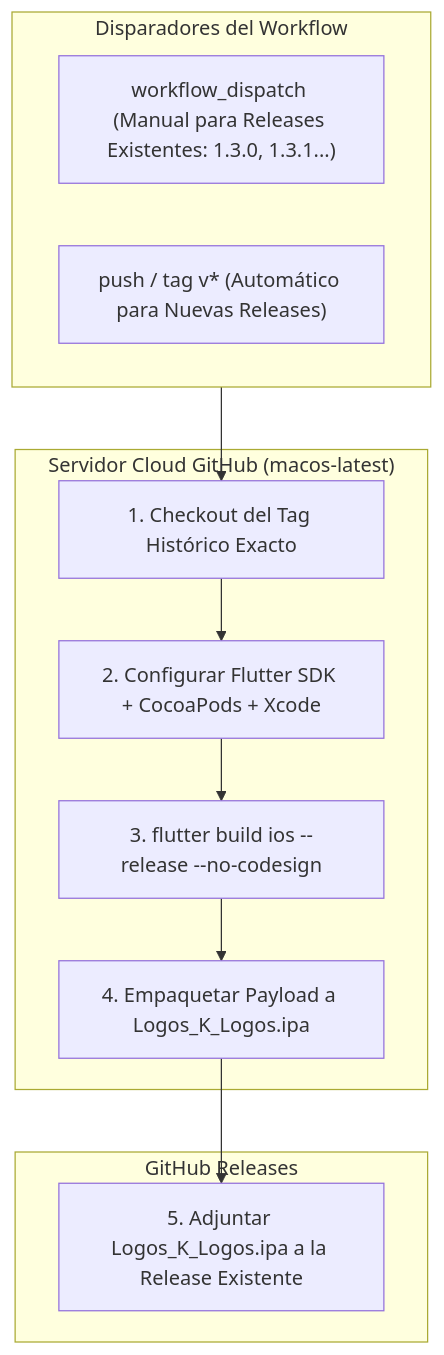
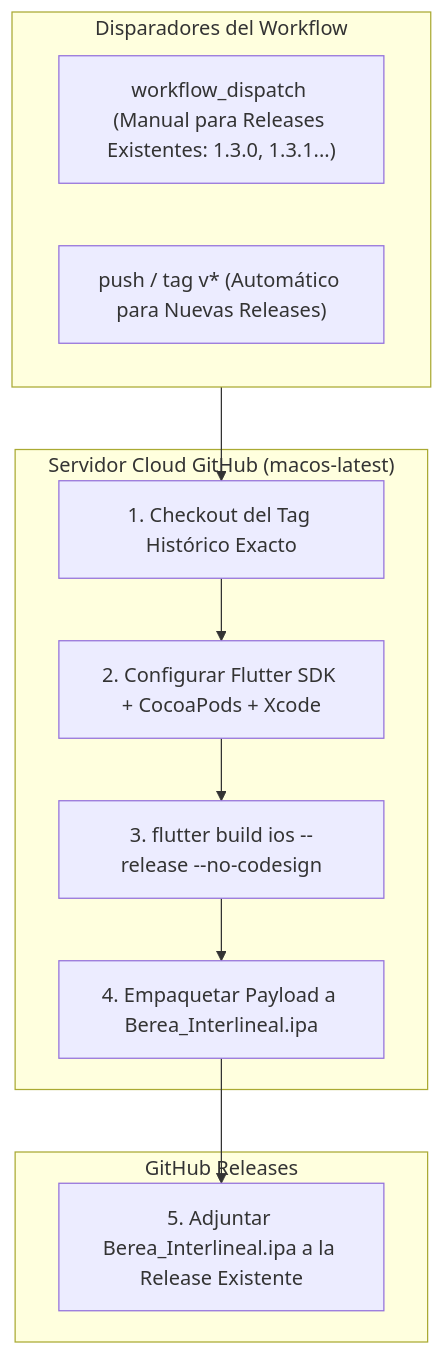
Before and after one commit to NetOpsSolutions/Berea_Interlineal: the first of 2 diagrams in Archivos_md/PLAN_IMPLEMENTACION_IPHONE.md, drawn with Mermaid. The commit also changed other lines of this file and 46 other files, not shown here.

Commit message:
feat: Rebrand to Berea Interlineal v1.3.2 with official icon, interactive guide & repository migration

````diff
--- a/Archivos_md/PLAN_IMPLEMENTACION_IPHONE.md
+++ b/Archivos_md/PLAN_IMPLEMENTACION_IPHONE.md
@@ -21,21 +21,21 @@
 ```mermaid
 flowchart TD
     subgraph Trigger["Disparadores del Workflow"]
         Manual["workflow_dispatch (Manual para Releases Existentes: 1.3.0, 1.3.1...)"]
         Auto["push / tag v* (Automático para Nuevas Releases)"]
     end
 
     subgraph GitHubRunner["Servidor Cloud GitHub (macos-latest)"]
         Checkout["1. Checkout del Tag Histórico Exacto"]
         Setup["2. Configurar Flutter SDK + CocoaPods + Xcode"]
         Build["3. flutter build ios --release --no-codesign"]
-        Package["4. Empaquetar Payload a Logos_K_Logos.ipa"]
+        Package["4. Empaquetar Payload a Berea_Interlineal.ipa"]
     end
 
     subgraph ReleasePage["GitHub Releases"]
-        Attach["5. Adjuntar Logos_K_Logos.ipa a la Release Existente"]
+        Attach["5. Adjuntar Berea_Interlineal.ipa a la Release Existente"]
     end
 
     Trigger --> Checkout
     Checkout --> Setup --> Build --> Package --> Attach
 ```
````
